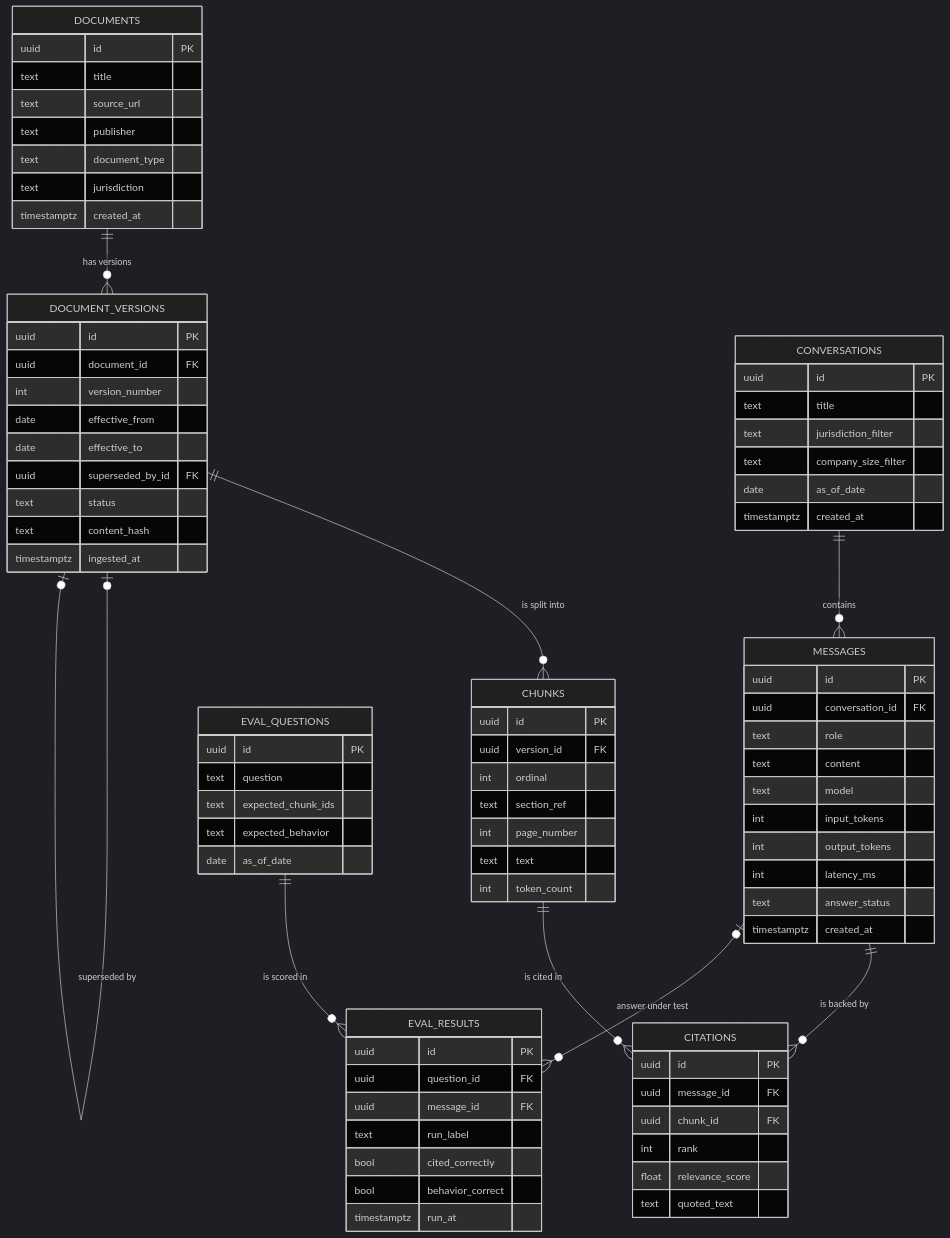
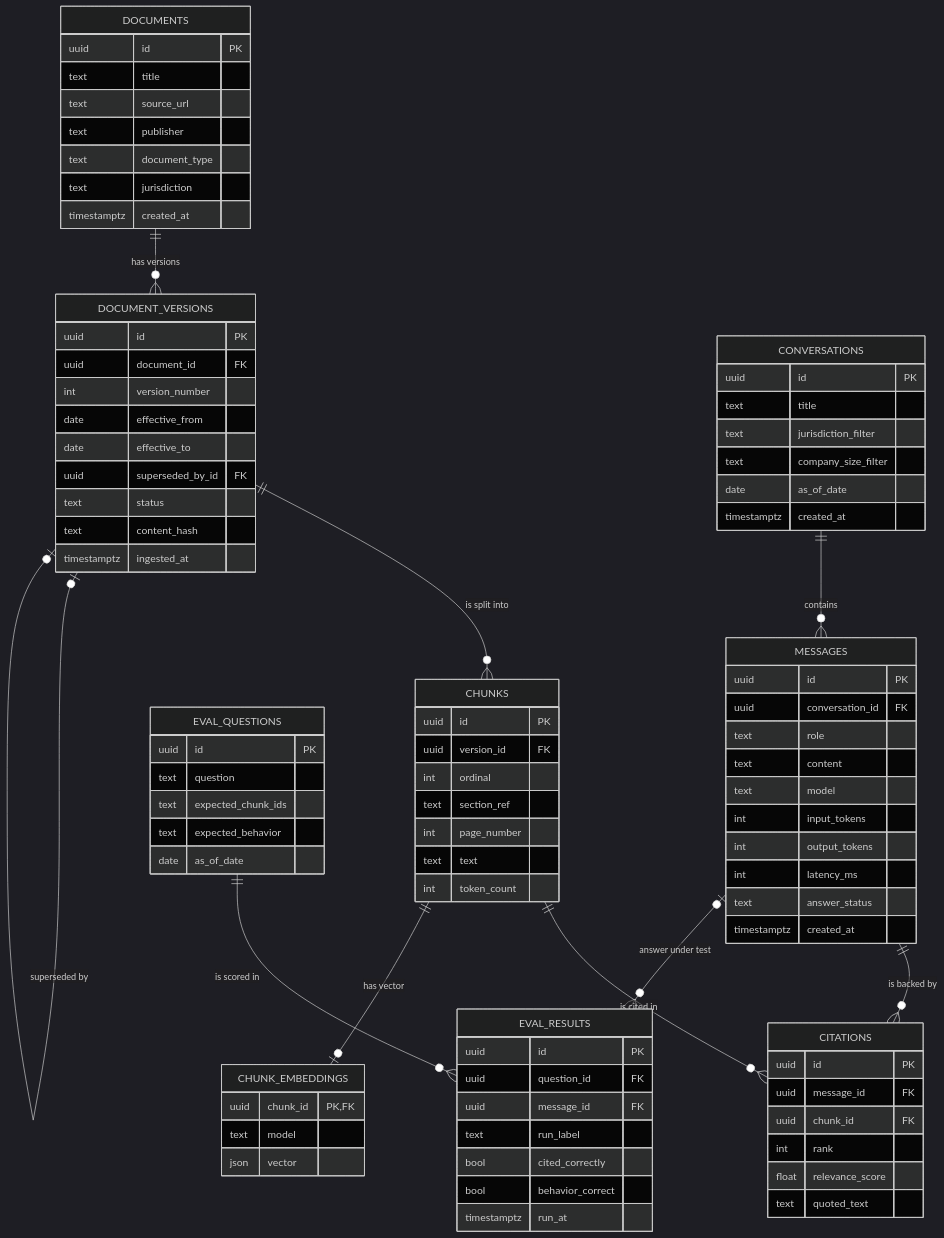
One commit to NeelimaPopuri/ai-engineer-intern-project changed the diagram in uc1-rag-chatbot/docs/database-design.md. Above: the diagram before and after it, drawn with Mermaid (dark theme). The commit also changed other lines of this file and 3 other files, not shown here.

```diff
--- a/uc1-rag-chatbot/docs/database-design.md
+++ b/uc1-rag-chatbot/docs/database-design.md
@@ -12,6 +12,7 @@
     CONVERSATIONS ||--o{ MESSAGES : contains
     MESSAGES ||--o{ CITATIONS : "is backed by"
     CHUNKS ||--o{ CITATIONS : "is cited in"
+    CHUNKS ||--o| CHUNK_EMBEDDINGS : "has vector"
     EVAL_QUESTIONS ||--o{ EVAL_RESULTS : "is scored in"
     MESSAGES |o--o{ EVAL_RESULTS : "answer under test"
 
@@ -43,6 +44,11 @@
         int page_number
         text text
         int token_count
+    }
+    CHUNK_EMBEDDINGS {
+        uuid chunk_id PK, FK
+        text model
+        json vector
     }
     CONVERSATIONS {
         uuid id PK
```
